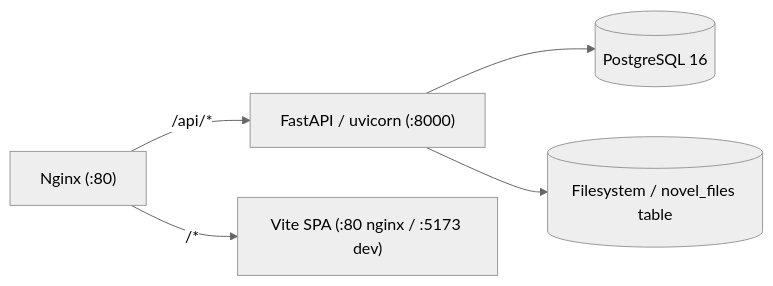
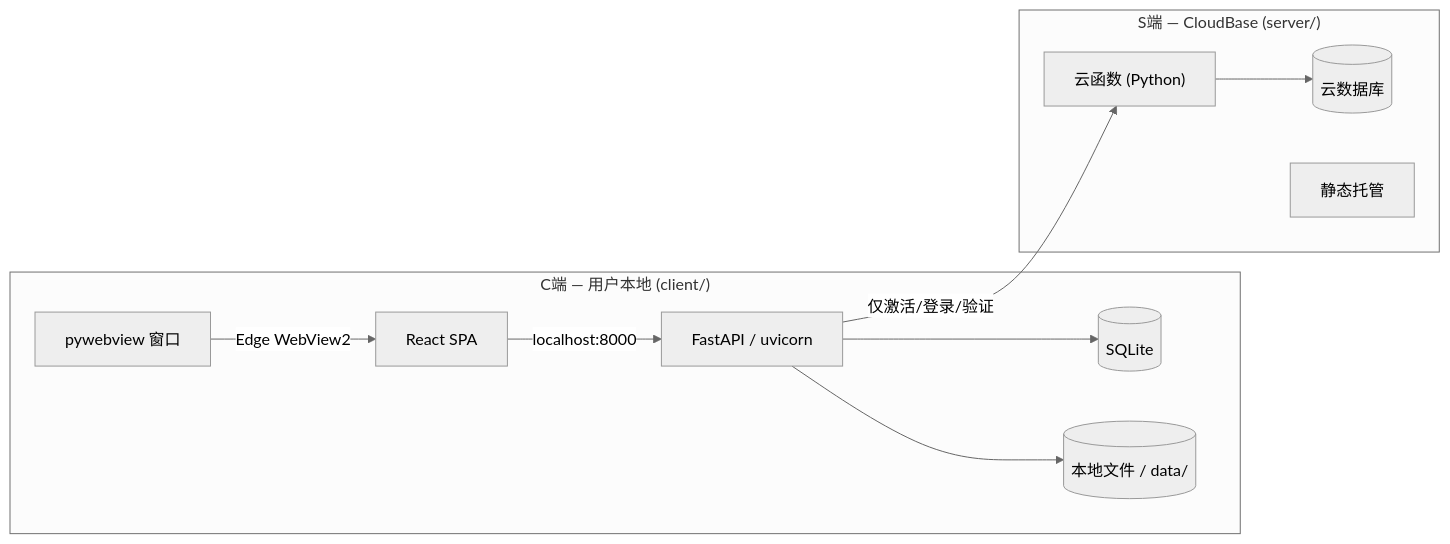
One commit to modoojunko/ai-novel changed the diagram in CLAUDE.md. Above: the diagram before and after it, drawn with Mermaid (neutral theme). The commit also changed other lines of this file, not shown here.

````diff
--- a/CLAUDE.md
+++ b/CLAUDE.md
@@ -101,7 +102,22 @@
 ```mermaid
 flowchart LR
-    Nginx["Nginx (:80)"] -->|/api/*| FastAPI["FastAPI / uvicorn (:8000)"]
-    Nginx -->|/*| SPA["Vite SPA (:80 nginx / :5173 dev)"]
-    FastAPI --> PostgreSQL[("PostgreSQL 16")]
-    FastAPI --> FS[("Filesystem / novel_files table")]
+    subgraph client ["C端 — 用户本地 (client/)"]
+        FastAPI["FastAPI / uvicorn"]
+        SPA["React SPA"]
+        pywebview["pywebview 窗口"]
+        SQLite[("SQLite")]
+        FS[("本地文件 / data/")]
+    end
+    subgraph server ["S端 — CloudBase (server/)"]
+        CF["云函数 (Python)"]
+        CDB[("云数据库")]
+        SH["静态托管"]
+    end
+    
+    pywebview -->|Edge WebView2| SPA
+    SPA -->|localhost:8000| FastAPI
+    FastAPI --> SQLite
+    FastAPI --> FS
+    FastAPI -->|仅激活/登录/验证| CF
+    CF --> CDB
 ```
````
